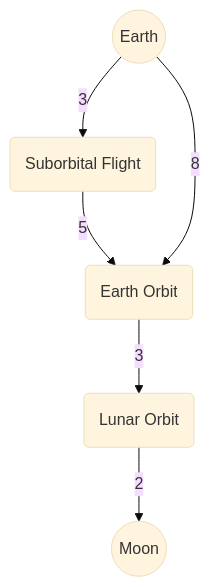
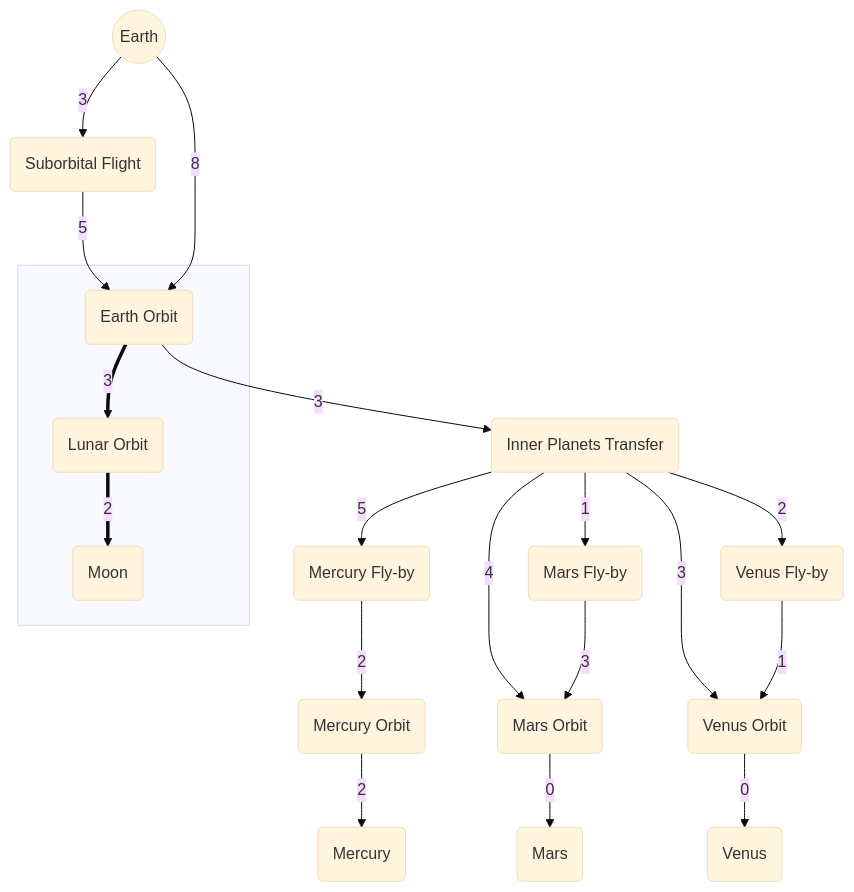
Before and after one commit to bosth/bosth.github.io: the first of 2 diagrams in content/pages/leaving-earth/index.md, drawn with Mermaid (base theme). The commit also changed other lines of this file, not shown here.

Commit message:
Formatting changes and increased graph size.

```diff
--- a/content/pages/leaving-earth/index.md
+++ b/content/pages/leaving-earth/index.md
@@ -176,8 +176,22 @@
 {{< mermaid >}}
 graph TD
-    A((Earth)) -->|3| B(Suborbital Flight)
-    B -->|5| C(Earth Orbit)
-    A -->|8| C
-    C -->|3| D(Lunar Orbit)
-    D -->|2| E((Moon))
+    E((Earth)) -->|3| ESo(Suborbital Flight)
+    ESo -->|5| Eo
+    E   -->|8| Eo(Earth Orbit)
+    subgraph  
+    Eo  ==>|3| Lo(Lunar Orbit)
+    Lo  ==>|2| L(Moon)
+    end
+    Eo  -->|3| Ipt(Inner Planets Transfer)
+    Ipt -->|5| Hfb(Mercury Fly-by)
+    Hfb -->|2| Ho(Mercury Orbit)
+    Ho  -->|2| H(Mercury)
+    Ipt -->|4| Mo(Mars Orbit)
+    Ipt -->|1| Mfb(Mars Fly-by)
+    Mfb -->|3| Mo
+    Mo  -->|0| M(Mars)
+    Ipt -->|3| Vo(Venus Orbit)
+    Ipt -->|2| Vfb(Venus Fly-by)
+    Vfb -->|1| Vo
+    Vo  -->|0| V(Venus)
 {{< /mermaid >}}
```
